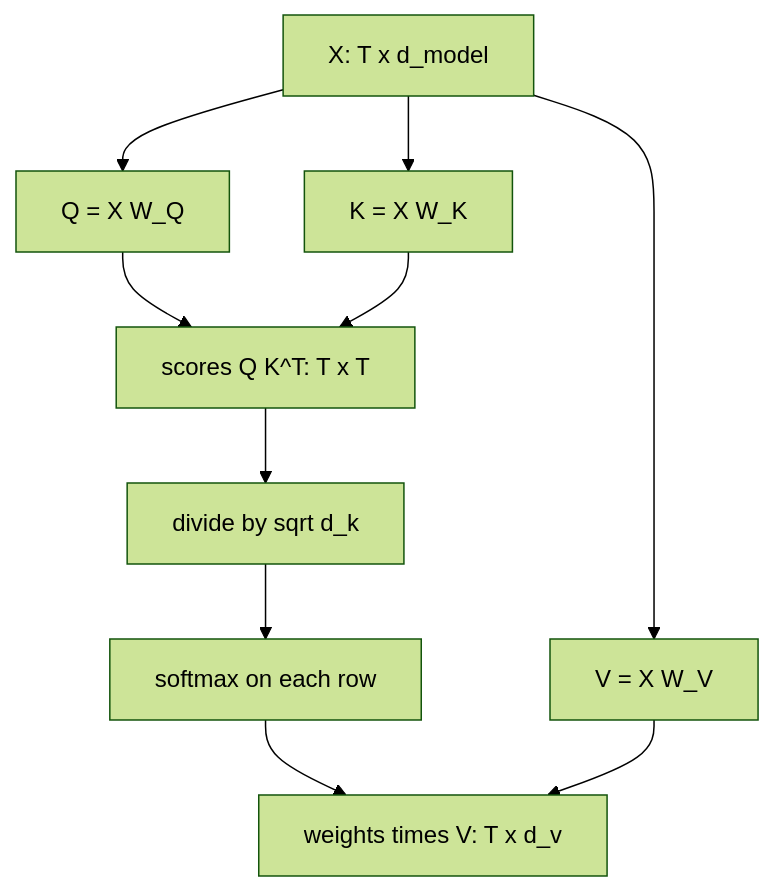
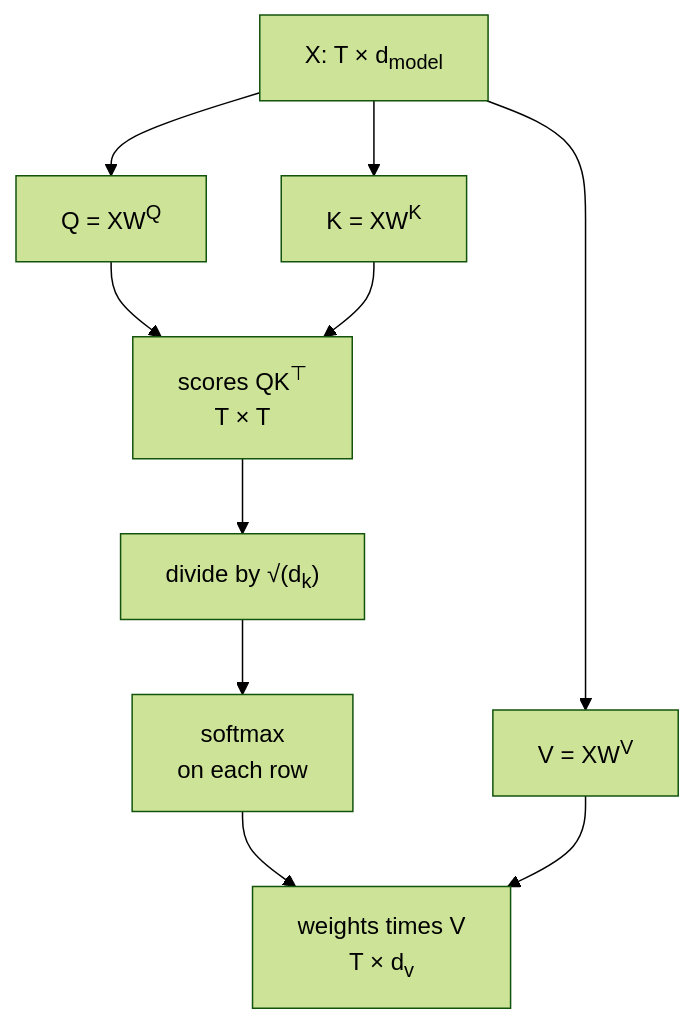
Before and after one commit to lubdhak7414/lubdhak7414.github.io: the diagram in src/content/post/cse425-final-attention/index.md, drawn with Mermaid (forest theme). The commit also changed other lines of this file and 174 other files, not shown here.

First line of the commit message:
CSE 425 course hub, series polish, math and figure fixes, site-wide polish pass

````diff
--- a/src/content/post/cse425-final-attention/index.md
+++ b/src/content/post/cse425-final-attention/index.md
@@ -79,12 +80,12 @@
 ```mermaid
 flowchart TD
-    X["X: T x d_model"] --> Q["Q = X W_Q"]
-    X --> K["K = X W_K"]
-    X --> V["V = X W_V"]
-    Q --> S["scores Q K^T: T x T"]
+    X["X: T × d<sub>model</sub>"] --> Q["Q = XW<sup>Q</sup>"]
+    X --> K["K = XW<sup>K</sup>"]
+    X --> V["V = XW<sup>V</sup>"]
+    Q --> S["scores QK<sup>⊤</sup><br/>T × T"]
     K --> S
-    S --> D["divide by sqrt d_k"]
-    D --> P["softmax on each row"]
-    P --> Z["weights times V: T x d_v"]
+    S --> D["divide by √(d<sub>k</sub>)"]
+    D --> P["softmax<br/>on each row"]
+    P --> Z["weights times V<br/>T × d<sub>v</sub>"]
     V --> Z
 ```
````
